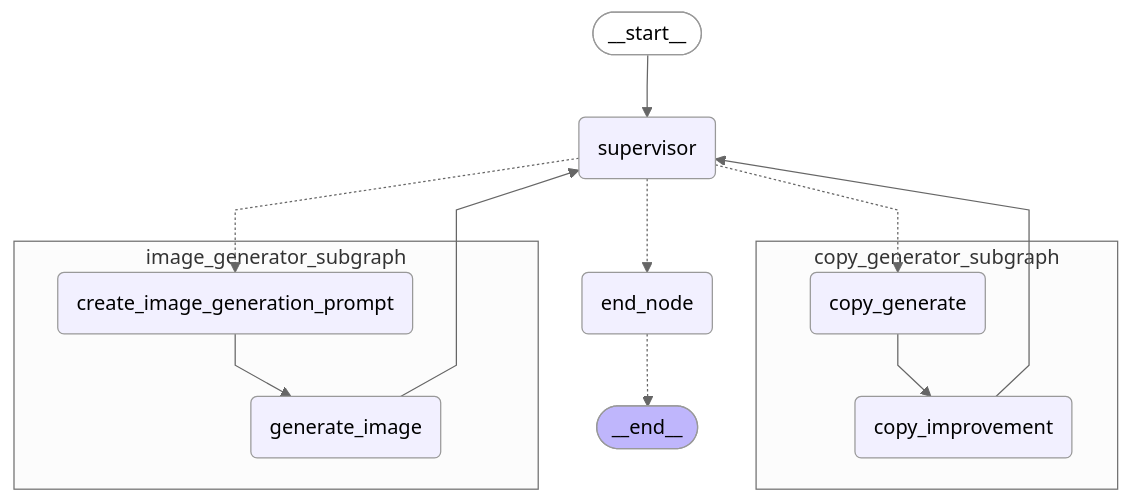
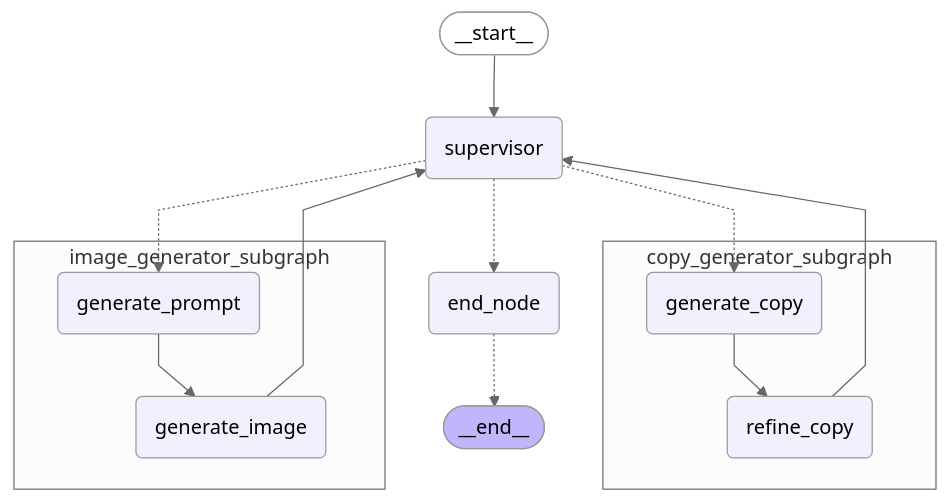
The diagram in README.md (ren8k/streamlit-langgraph-multi-agent), drawn with Mermaid (neutral theme) before and after one commit.

Commit message:
update graph in README

````diff
--- a/README.md
+++ b/README.md
@@ -45,28 +45,28 @@
 ```mermaid
 %%{init: {'flowchart': {'curve': 'linear'}}}%%
 graph TD;
 	__start__([<p>__start__</p>]):::first
 	supervisor(supervisor)
-	copy_generator_subgraph_copy_generate(copy_generate)
-	copy_generator_subgraph_copy_improvement(copy_improvement)
-	image_generator_subgraph_create_image_generation_prompt(create_image_generation_prompt)
+	copy_generator_subgraph_generate_copy(generate_copy)
+	copy_generator_subgraph_refine_copy(refine_copy)
+	image_generator_subgraph_generate_prompt(generate_prompt)
 	image_generator_subgraph_generate_image(generate_image)
 	end_node(end_node)
 	__end__([<p>__end__</p>]):::last
 	__start__ --> supervisor;
-	copy_generator_subgraph_copy_improvement --> supervisor;
+	copy_generator_subgraph_refine_copy --> supervisor;
 	image_generator_subgraph_generate_image --> supervisor;
-	supervisor -.-> copy_generator_subgraph_copy_generate;
-	supervisor -.-> image_generator_subgraph_create_image_generation_prompt;
+	supervisor -.-> copy_generator_subgraph_generate_copy;
+	supervisor -.-> image_generator_subgraph_generate_prompt;
 	supervisor -.-> end_node;
 	end_node -.-> __end__;
 	subgraph copy_generator_subgraph
-	copy_generator_subgraph_copy_generate --> copy_generator_subgraph_copy_improvement;
+	copy_generator_subgraph_generate_copy --> copy_generator_subgraph_refine_copy;
 	end
 	subgraph image_generator_subgraph
-	image_generator_subgraph_create_image_generation_prompt --> image_generator_subgraph_generate_image;
+	image_generator_subgraph_generate_prompt --> image_generator_subgraph_generate_image;
 	end
 	classDef default fill:#f2f0ff,line-height:1.2
 	classDef first fill-opacity:0
 	classDef last fill:#bfb6fc
 ```
````
